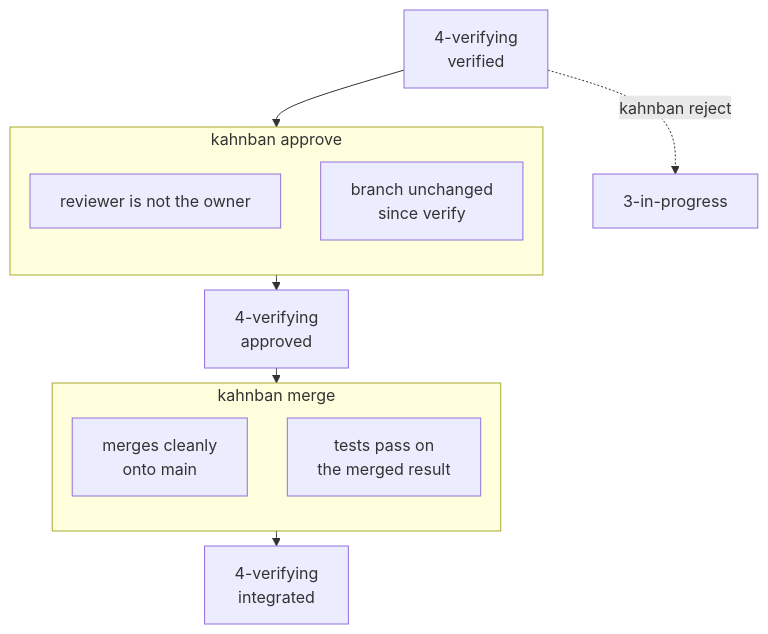
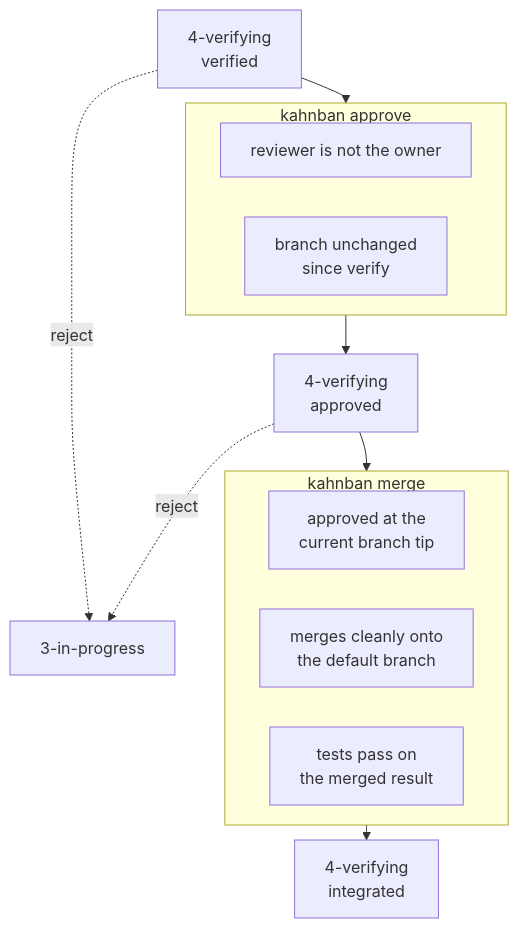
One commit to HeWhoRoams/Kahnban changed the fourth of 9 diagrams in docs/how-it-works.md. Above: the diagram before and after it, drawn with Mermaid. The commit also changed other lines of this file and 1 other file, not shown here.

First line of the commit message:
docs: make the gate diagrams match the engine

````diff
--- a/docs/how-it-works.md
+++ b/docs/how-it-works.md
@@ -115,22 +120,22 @@
 ```mermaid
 ---
 config:
   flowchart:
     useMaxWidth: false
     rankSpacing: 15
     wrappingWidth: 400
 ---
 flowchart TD
   verified["4-verifying<br/>verified"] --> approve
   subgraph approve["kahnban approve"]
-    direction LR
+    direction TB
     a1["reviewer is not the owner"] ~~~ a2["branch unchanged<br/>since verify"]
   end
   approve --> approved["4-verifying<br/>approved"] --> merge
   subgraph merge["kahnban merge"]
-    direction LR
-    m1["merges cleanly<br/>onto main"] ~~~ m2["tests pass on<br/>the merged result"]
+    direction TB
+    m1["approved at the<br/>current branch tip"] ~~~ m2["merges cleanly onto<br/>the default branch"] ~~~ m3["tests pass on<br/>the merged result"]
   end
   merge --> integrated["4-verifying<br/>integrated"]
-  verified -.->|kahnban reject| back["3-in-progress"]
+  verified & approved -.->|reject| back["3-in-progress"]
 ```
````
